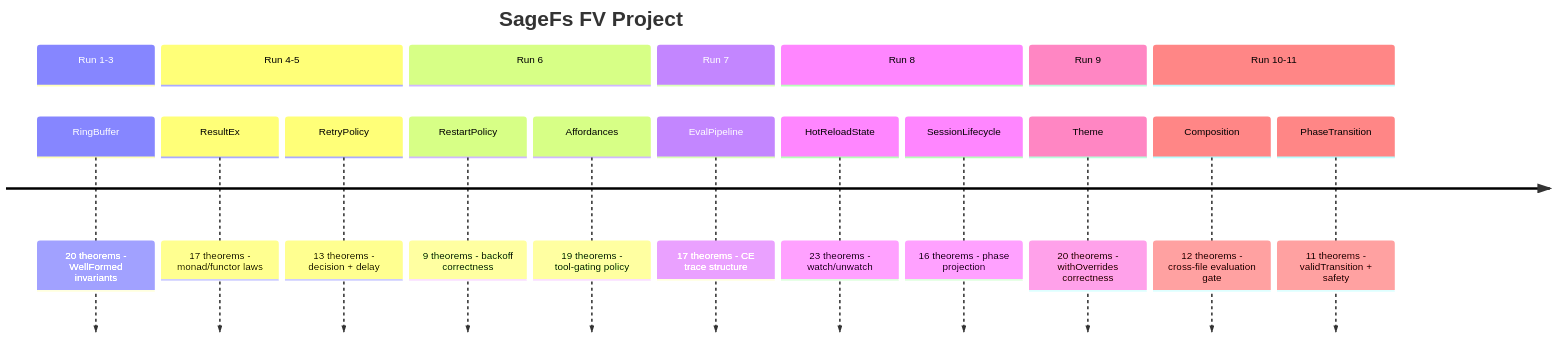
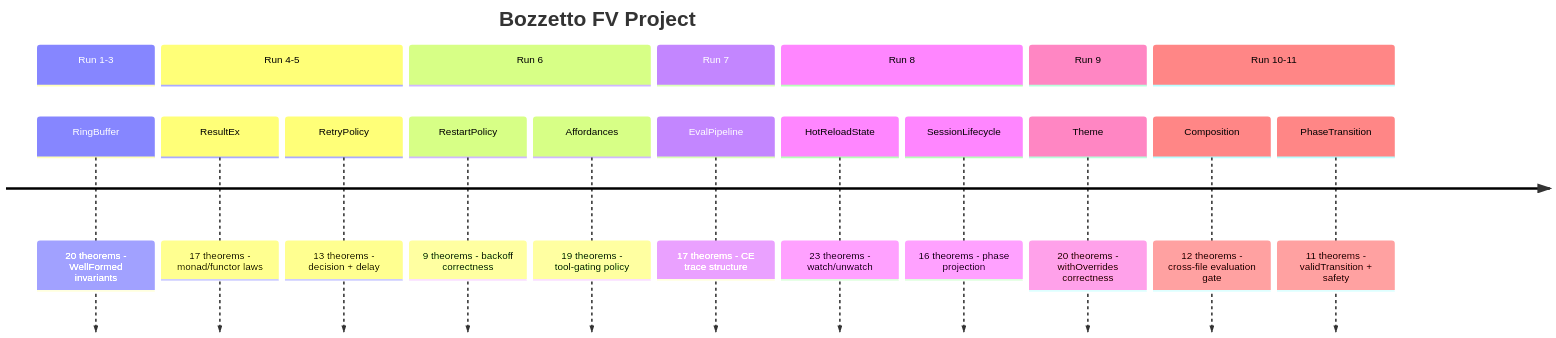
Before and after one commit to FidelityFramework/Bozzetto: the eighth of 8 diagrams in formal-verification/REPORT.md, drawn with Mermaid. The commit also changed other lines of this file and 2957 other files, not shown here.

````diff
--- a/formal-verification/REPORT.md
+++ b/formal-verification/REPORT.md
@@ -309,22 +309,22 @@
 ```mermaid
 timeline
-  title SageFs FV Project
+  title Bozzetto FV Project
   section Run 1-3
     RingBuffer : 20 theorems - WellFormed invariants
   section Run 4-5
     ResultEx : 17 theorems - monad/functor laws
     RetryPolicy : 13 theorems - decision + delay
   section Run 6
     RestartPolicy : 9 theorems - backoff correctness
     Affordances : 19 theorems - tool-gating policy
   section Run 7
     EvalPipeline : 17 theorems - CE trace structure
   section Run 8
     HotReloadState : 23 theorems - watch/unwatch
     SessionLifecycle : 16 theorems - phase projection
   section Run 9
     Theme : 20 theorems - withOverrides correctness
   section Run 10-11
     Composition : 12 theorems - cross-file evaluation gate
     PhaseTransition : 11 theorems - validTransition + safety
 ```
````
